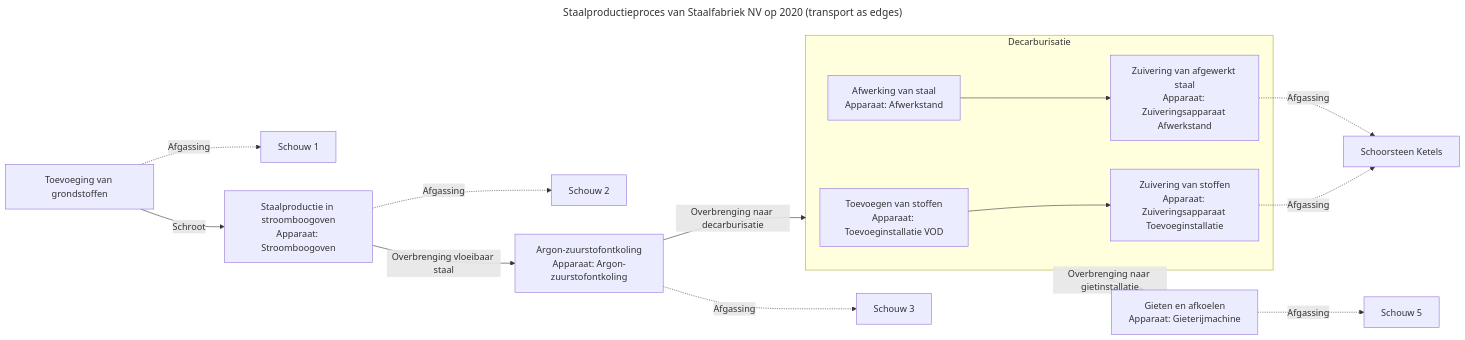
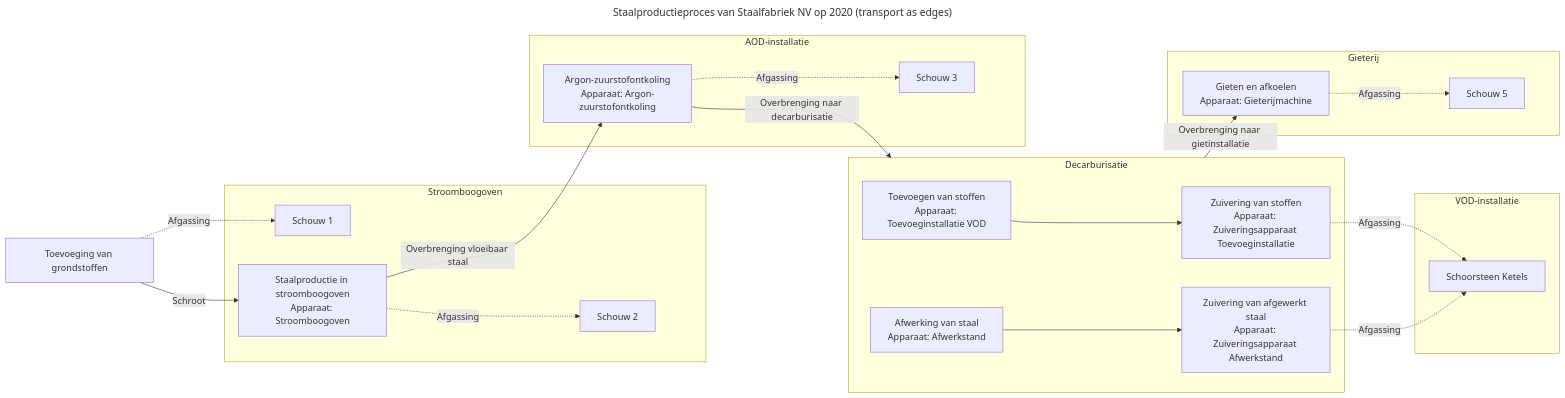
The diagram in documentatie/bin/activiteit-visualisatie/diagrams/0400123123_6851234567_ACTIVITEIT_1_VERSIE2020_proces_0400123123_6851234567_ACTIVITEIT_1_VERSIE2020_transport.mmd (milieuinfo/RIE-IEPR), drawn with Mermaid before and after one commit. The commit also changed 33 other files, not shown here.

```diff
--- a/documentatie/bin/activiteit-visualisatie/diagrams/0400123123_6851234567_ACTIVITEIT_1_VERSIE2020_proces_0400123123_6851234567_ACTIVITEIT_1_VERSIE2020_transport.mmd
+++ b/documentatie/bin/activiteit-visualisatie/diagrams/0400123123_6851234567_ACTIVITEIT_1_VERSIE2020_proces_0400123123_6851234567_ACTIVITEIT_1_VERSIE2020_transport.mmd
@@ -1,38 +1,58 @@
 ---
 title: "Staalproductieproces van Staalfabriek NV op 2020 (transport as edges)"
 ---
 flowchart LR
 subgraph proces_0400123123_6851234567_ACTIVITEIT_1_0009_VERSIE2020["Decarburisatie"]
 proces_0400123123_6851234567_ACTIVITEIT_1_0009_001["Toevoegen van stoffen
 Apparaat: Toevoeginstallatie VOD"]
 proces_0400123123_6851234567_ACTIVITEIT_1_0009_002["Zuivering van stoffen
 Apparaat: Zuiveringsapparaat Toevoeginstallatie"]
 proces_0400123123_6851234567_ACTIVITEIT_1_0009_004["Afwerking van staal
 Apparaat: Afwerkstand"]
 proces_0400123123_6851234567_ACTIVITEIT_1_0009_005["Zuivering van afgewerkt staal
 Apparaat: Zuiveringsapparaat Afwerkstand"]
 end
-proces_0400123123_6851234567_ACTIVITEIT_1_0001["Toevoeging van grondstoffen"]
+subgraph installatie_0400123123_6851234567_0000001["Stroomboogoven"]
 emissiepunt_0400123123_6851234567_0000001["Schouw 1"]
+emissiepunt_0400123123_6851234567_0000002["Schouw 2"]
 proces_0400123123_6851234567_ACTIVITEIT_1_0004["Staalproductie in stroomboogoven
 Apparaat: Stroomboogoven"]
-emissiepunt_0400123123_6851234567_0000002["Schouw 2"]
+end
+subgraph installatie_0400123123_6851234567_0000002["Gieterij"]
+emissiepunt_0400123123_6851234567_0000005["Schouw 5"]
+proces_0400123123_6851234567_ACTIVITEIT_1_0011["Gieten en afkoelen
+Apparaat: Gieterijmachine"]
+end
+subgraph installatie_0400123123_6851234567_0000003["VOD-installatie"]
+emissiepunt_0400123123_6851234567_0000004["Schoorsteen Ketels"]
+proces_0400123123_6851234567_ACTIVITEIT_1_0009_001["Toevoegen van stoffen
+Apparaat: Toevoeginstallatie VOD"]
+proces_0400123123_6851234567_ACTIVITEIT_1_0009_005["Zuivering van afgewerkt staal
+Apparaat: Zuiveringsapparaat Afwerkstand"]
+proces_0400123123_6851234567_ACTIVITEIT_1_0009_004["Afwerking van staal
+Apparaat: Afwerkstand"]
+proces_0400123123_6851234567_ACTIVITEIT_1_0009_002["Zuivering van stoffen
+Apparaat: Zuiveringsapparaat Toevoeginstallatie"]
+end
+subgraph installatie_0400123123_6851234567_0000004["AOD-installatie"]
+emissiepunt_0400123123_6851234567_0000003["Schouw 3"]
 proces_0400123123_6851234567_ACTIVITEIT_1_0007["Argon-zuurstofontkoling
 Apparaat: Argon-zuurstofontkoling"]
-emissiepunt_0400123123_6851234567_0000003["Schouw 3"]
-proces_0400123123_6851234567_ACTIVITEIT_1_0011["Gieten en afkoelen
-Apparaat: Gieterijmachine"]
-emissiepunt_0400123123_6851234567_0000005["Schouw 5"]
-emissiepunt_0400123123_6851234567_0000004["Schoorsteen Ketels"]
+end
+proces_0400123123_6851234567_ACTIVITEIT_1_0001["Toevoeging van grondstoffen"]
+installatie_0400123123_6851234567_0000001["Stroomboogoven"]
+installatie_0400123123_6851234567_0000002["Gieterij"]
+installatie_0400123123_6851234567_0000003["VOD-installatie"]
+installatie_0400123123_6851234567_0000004["AOD-installatie"]
 proces_0400123123_6851234567_ACTIVITEIT_1_0009_001 --> proces_0400123123_6851234567_ACTIVITEIT_1_0009_002
 proces_0400123123_6851234567_ACTIVITEIT_1_0009_004 --> proces_0400123123_6851234567_ACTIVITEIT_1_0009_005
 proces_0400123123_6851234567_ACTIVITEIT_1_0001 -- "Schroot" --> proces_0400123123_6851234567_ACTIVITEIT_1_0004
 proces_0400123123_6851234567_ACTIVITEIT_1_0004 -- "Overbrenging vloeibaar staal" --> proces_0400123123_6851234567_ACTIVITEIT_1_0007
 proces_0400123123_6851234567_ACTIVITEIT_1_0007 -- "Overbrenging naar decarburisatie" --> proces_0400123123_6851234567_ACTIVITEIT_1_0009_VERSIE2020
 proces_0400123123_6851234567_ACTIVITEIT_1_0009_VERSIE2020 -- "Overbrenging naar gietinstallatie" --> proces_0400123123_6851234567_ACTIVITEIT_1_0011
 proces_0400123123_6851234567_ACTIVITEIT_1_0001 -. "Afgassing" .-> emissiepunt_0400123123_6851234567_0000001
 proces_0400123123_6851234567_ACTIVITEIT_1_0004 -. "Afgassing" .-> emissiepunt_0400123123_6851234567_0000002
 proces_0400123123_6851234567_ACTIVITEIT_1_0007 -. "Afgassing" .-> emissiepunt_0400123123_6851234567_0000003
 proces_0400123123_6851234567_ACTIVITEIT_1_0011 -. "Afgassing" .-> emissiepunt_0400123123_6851234567_0000005
 proces_0400123123_6851234567_ACTIVITEIT_1_0009_002 -. "Afgassing" .-> emissiepunt_0400123123_6851234567_0000004
 proces_0400123123_6851234567_ACTIVITEIT_1_0009_005 -. "Afgassing" .-> emissiepunt_0400123123_6851234567_0000004
```
